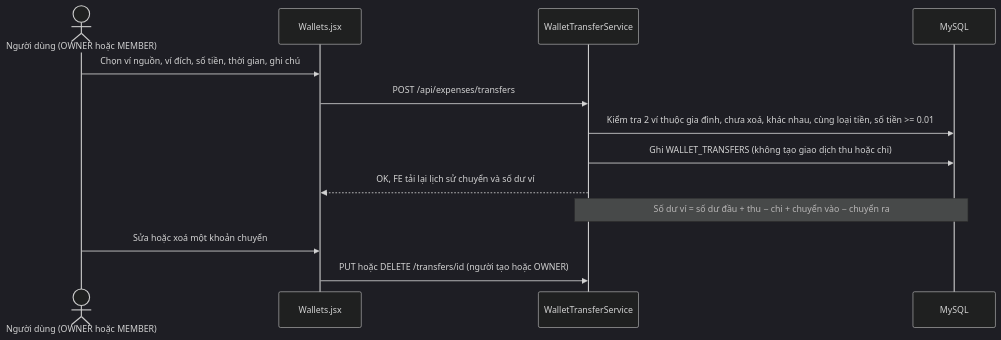
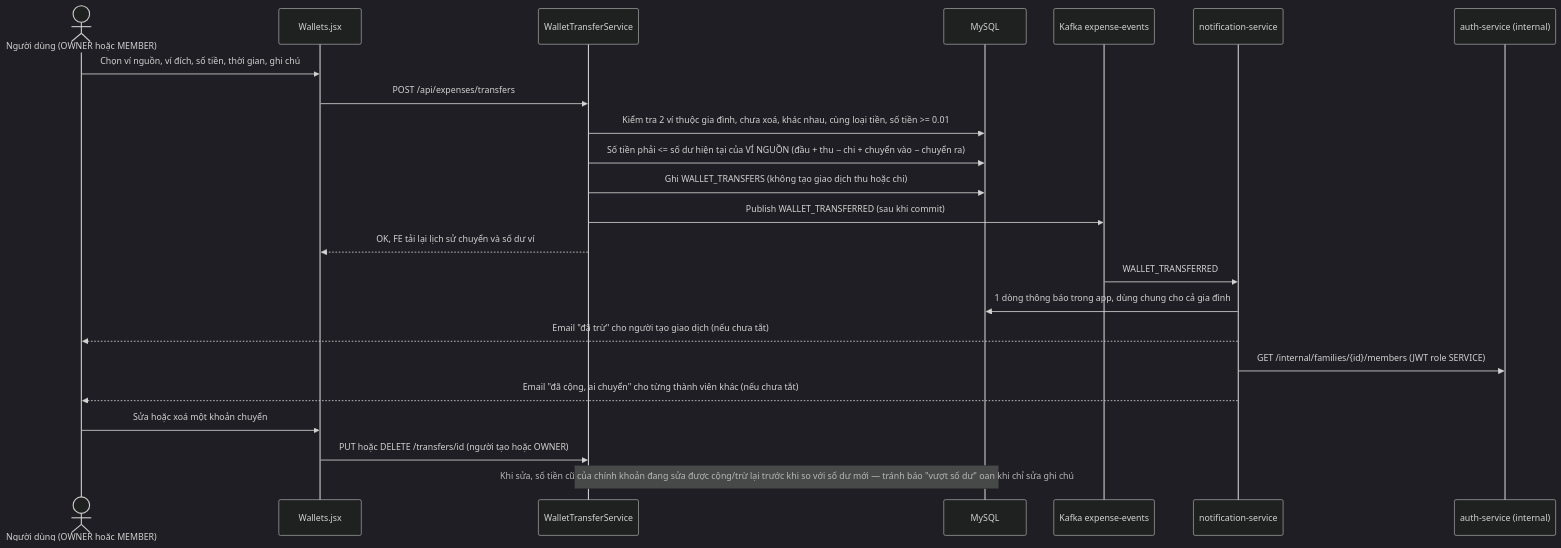
Diagram 23 of 36 in README.md (boyquynhluu/family-expense-manager), drawn with Mermaid (dark theme) before and after one commit. The commit also changed other lines of this file and 80 other files, not shown here.

````diff
--- a/README.md
+++ b/README.md
@@ -706,16 +711,26 @@
 ```mermaid
 sequenceDiagram
     actor U as Người dùng (OWNER hoặc MEMBER)
     participant FE as Wallets.jsx
     participant EX as WalletTransferService
     participant DB as MySQL
+    participant K as Kafka expense-events
+    participant N as notification-service
+    participant AU as auth-service (internal)
 
     U->>FE: Chọn ví nguồn, ví đích, số tiền, thời gian, ghi chú
     FE->>EX: POST /api/expenses/transfers
     EX->>DB: Kiểm tra 2 ví thuộc gia đình, chưa xoá, khác nhau, cùng loại tiền, số tiền >= 0.01
+    EX->>DB: Số tiền phải <= số dư hiện tại của VÍ NGUỒN (đầu + thu − chi + chuyển vào − chuyển ra)
     EX->>DB: Ghi WALLET_TRANSFERS (không tạo giao dịch thu hoặc chi)
+    EX->>K: Publish WALLET_TRANSFERRED (sau khi commit)
     EX-->>FE: OK, FE tải lại lịch sử chuyển và số dư ví
-    Note over EX,DB: Số dư ví = số dư đầu + thu − chi + chuyển vào − chuyển ra
+    K->>N: WALLET_TRANSFERRED
+    N->>DB: 1 dòng thông báo trong app, dùng chung cho cả gia đình
+    N-->>U: Email "đã trừ" cho người tạo giao dịch (nếu chưa tắt)
+    N->>AU: GET /internal/families/{id}/members (JWT role SERVICE)
+    N-->>U: Email "đã cộng, ai chuyển" cho từng thành viên khác (nếu chưa tắt)
     U->>FE: Sửa hoặc xoá một khoản chuyển
     FE->>EX: PUT hoặc DELETE /transfers/id (người tạo hoặc OWNER)
+    Note over EX,DB: Khi sửa, số tiền cũ của chính khoản đang sửa được cộng/trừ lại trước khi so với số dư mới — tránh báo "vượt số dư" oan khi chỉ sửa ghi chú
 ```
````
